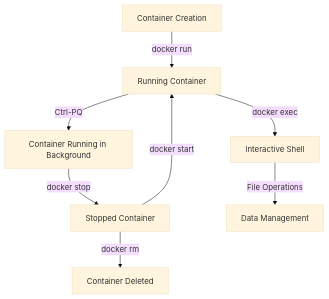
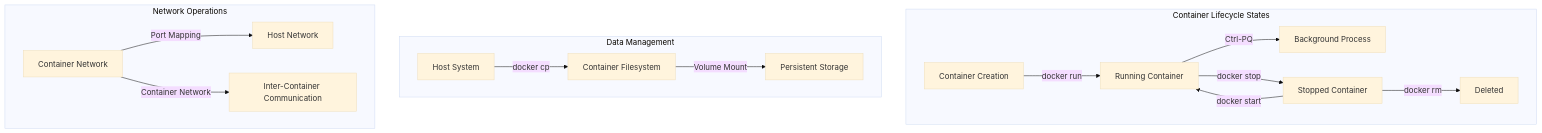
The diagram in README.md (TheToriqul/docker-container-lifecycle), drawn with Mermaid (base theme) before and after one commit. The commit also changed other lines of this file and 4 other files, not shown here.

````diff
--- a/README.md
+++ b/README.md
@@ -10,10 +11,20 @@
 ```mermaid
 graph TD
-    A[Container Creation] -->|docker run| B[Running Container]
-    B -->|Ctrl-PQ| C[Container Running in Background]
-    C -->|docker stop| D[Stopped Container]
-    D -->|docker start| B
-    D -->|docker rm| E[Container Deleted]
-    B -->|docker exec| F[Interactive Shell]
-    F -->|File Operations| G[Data Management]
+    subgraph "Container Lifecycle States"
+        A[Container Creation] -->|docker run| B[Running Container]
+        B -->|Ctrl-PQ| C[Background Process]
+        B -->|docker stop| D[Stopped Container]
+        D -->|docker start| B
+        D -->|docker rm| E[Deleted]
+    end
+    
+    subgraph "Data Management"
+        F[Host System] -->|docker cp| G[Container Filesystem]
+        G -->|Volume Mount| H[Persistent Storage]
+    end
+    
+    subgraph "Network Operations"
+        I[Container Network] -->|Port Mapping| J[Host Network]
+        I -->|Container Network| K[Inter-Container Communication]
+    end
 ```
````
